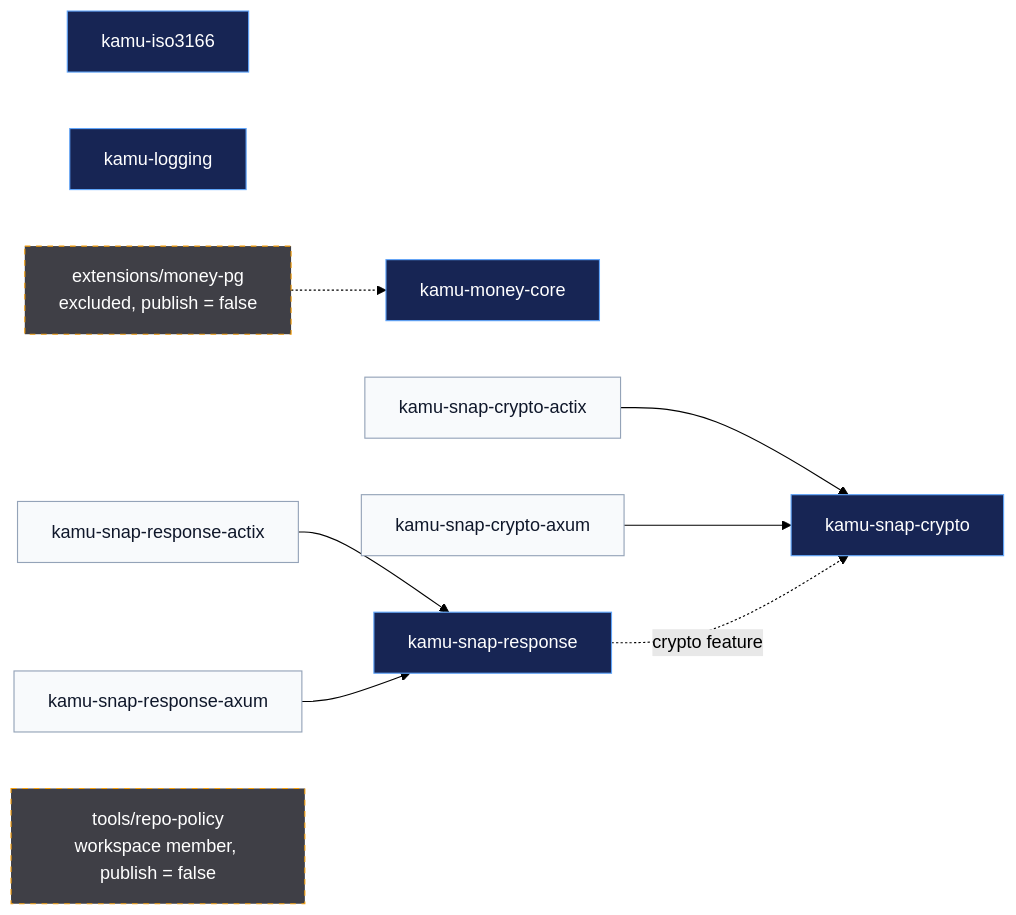
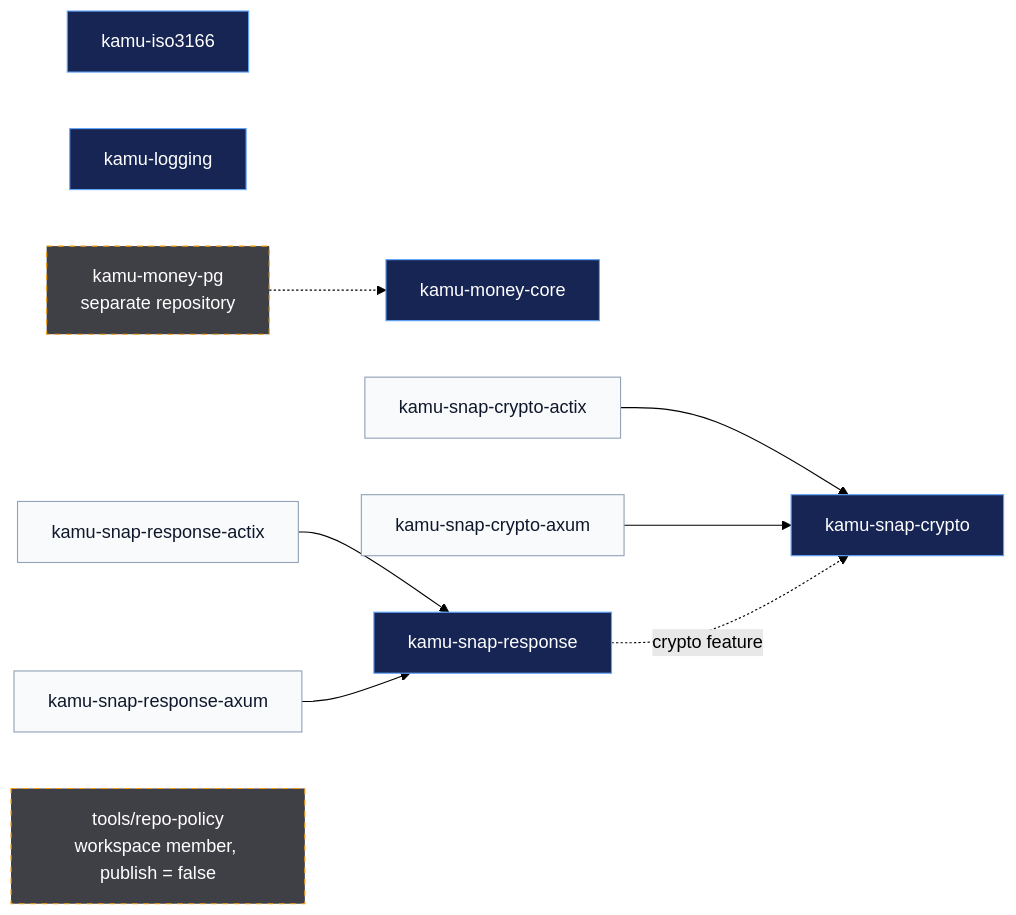
The diagram in README.md (pt-immer/kamu-public-crates), drawn with Mermaid (forest theme) before and after one commit. The commit also changed other lines of this file and 159 other files, not shown here.

First line of the commit message:
refactor: move money-pg ownership to its standalone repository (#132)

````diff
--- a/README.md
+++ b/README.md
@@ -36,24 +36,24 @@
 ```mermaid
 flowchart LR
     ISO["kamu-iso3166"]
     LOG["kamu-logging"]
     MONEY["kamu-money-core"]
 
     CRYPTO["kamu-snap-crypto"]
     RESPONSE["kamu-snap-response"]
     CRYPTO_ACTIX["kamu-snap-crypto-actix"] --> CRYPTO
     CRYPTO_AXUM["kamu-snap-crypto-axum"] --> CRYPTO
     RESPONSE_ACTIX["kamu-snap-response-actix"] --> RESPONSE
     RESPONSE_AXUM["kamu-snap-response-axum"] --> RESPONSE
     RESPONSE -. "crypto feature" .-> CRYPTO
 
-    PG["extensions/money-pg<br/>excluded, publish = false"] -.-> MONEY
+    PG["kamu-money-pg<br/>separate repository"] -.-> MONEY
     POLICY["tools/repo-policy<br/>workspace member, publish = false"]
 
     classDef leaf fill:#172554,color:#fff,stroke:#60a5fa
     classDef adapter fill:#f8fafc,color:#0f172a,stroke:#94a3b8
     classDef unpublished fill:#3f3f46,color:#fff,stroke:#f59e0b,stroke-dasharray: 5 5
     class ISO,LOG,MONEY,CRYPTO,RESPONSE leaf
     class CRYPTO_ACTIX,CRYPTO_AXUM,RESPONSE_ACTIX,RESPONSE_AXUM adapter
     class PG,POLICY unpublished
 ```
````
